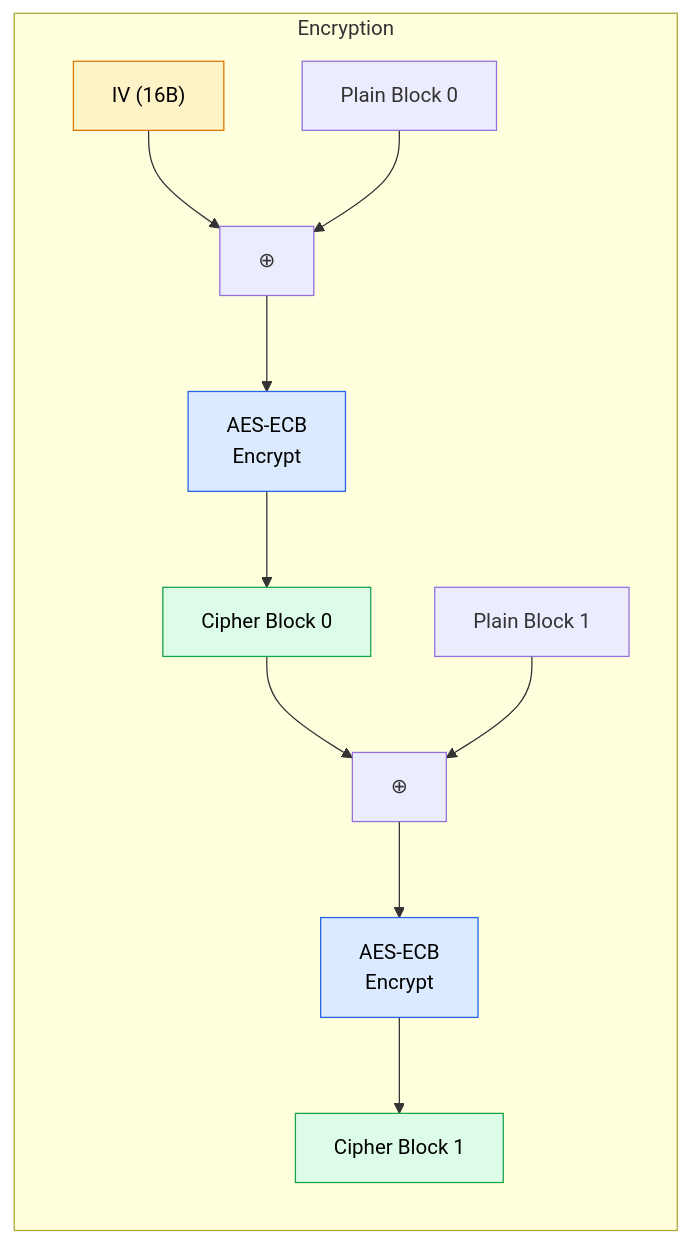
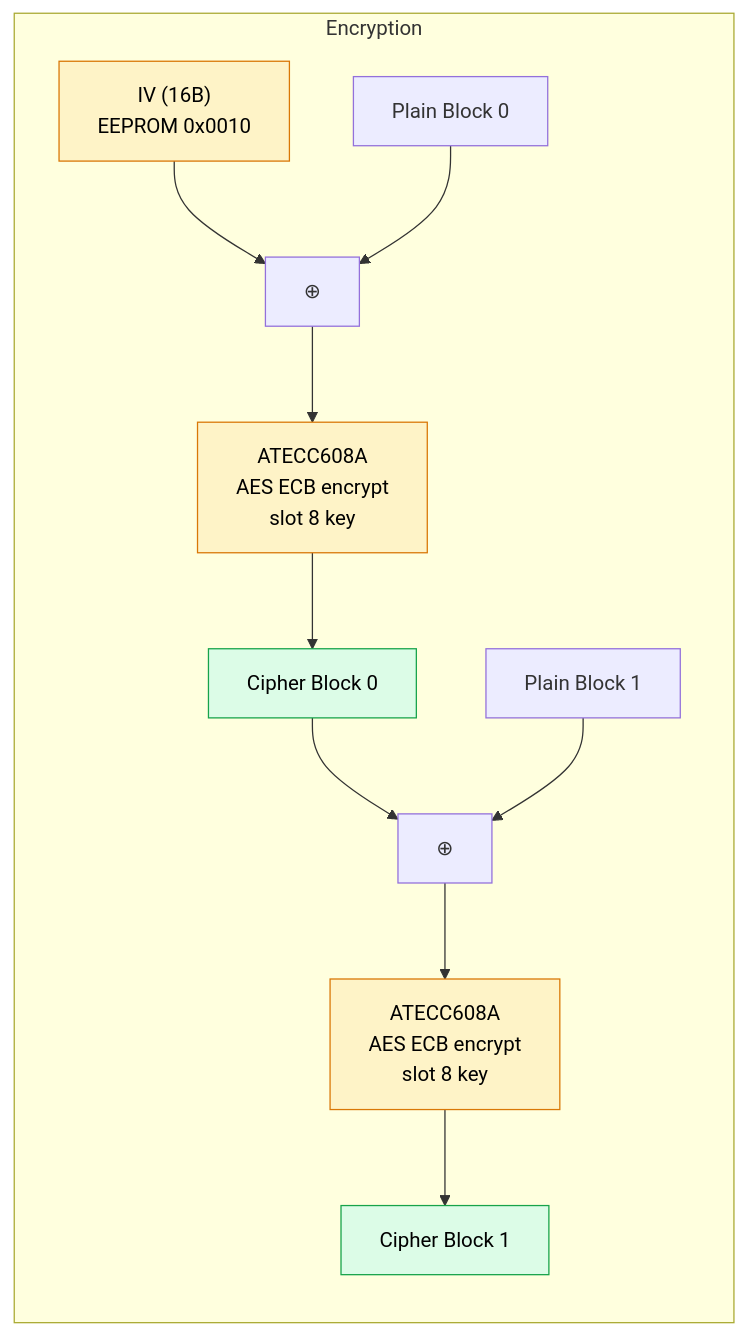
Before and after one commit to Depbit-lab/docsZerokeyUSB: the diagram in firmware/security/aes-128-encryption.mdx, drawn with Mermaid. The commit also changed other lines of this file and 41 other files, not shown here.

````diff
--- a/firmware/security/aes-128-encryption.mdx
+++ b/firmware/security/aes-128-encryption.mdx
@@ -40,19 +43,19 @@
 ```mermaid
 flowchart LR
     subgraph Encryption
-        IV["IV (16B)"] --> XOR0["⊕"]
+        IV["IV (16B)<br/>EEPROM 0x0010"] --> XOR0["⊕"]
         P0["Plain Block 0"] --> XOR0
-        XOR0 --> AES0["AES-ECB<br/>Encrypt"]
+        XOR0 --> AES0["ATECC608A<br/>AES ECB encrypt<br/>slot 8 key"]
         AES0 --> C0["Cipher Block 0"]
         C0 --> XOR1["⊕"]
         P1["Plain Block 1"] --> XOR1
-        XOR1 --> AES1["AES-ECB<br/>Encrypt"]
+        XOR1 --> AES1["ATECC608A<br/>AES ECB encrypt<br/>slot 8 key"]
         AES1 --> C1["Cipher Block 1"]
     end
-    
+
     style IV fill:#fef3c7,stroke:#d97706,color:#000
-    style AES0 fill:#dbeafe,stroke:#2563eb,color:#000
-    style AES1 fill:#dbeafe,stroke:#2563eb,color:#000
+    style AES0 fill:#fef3c7,stroke:#d97706,color:#000
+    style AES1 fill:#fef3c7,stroke:#d97706,color:#000
     style C0 fill:#dcfce7,stroke:#16a34a,color:#000
     style C1 fill:#dcfce7,stroke:#16a34a,color:#000
 ```
````
